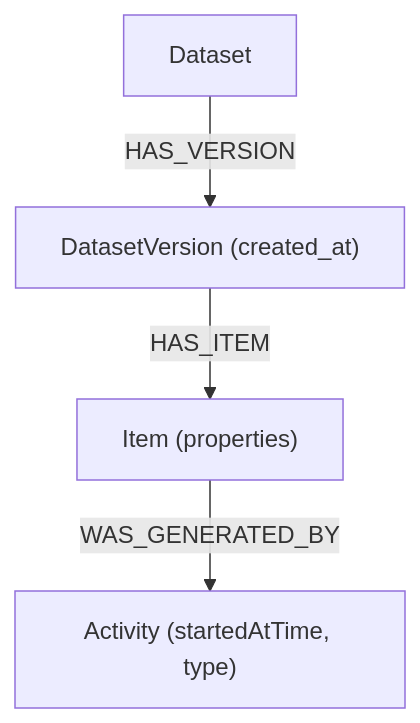
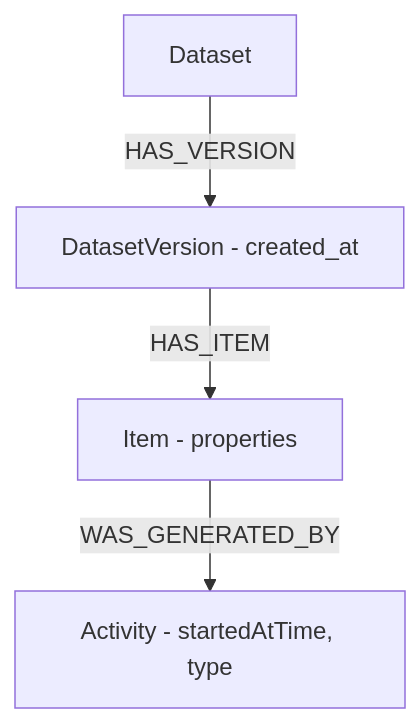
The diagram in docs/graph/cypher/patterns/change-windows.md (bartytime4life/Kansas-Frontier-Matrix), drawn with Mermaid before and after one commit. The commit also changed other lines of this file, not shown here.

```diff
--- a/docs/graph/cypher/patterns/change-windows.md
+++ b/docs/graph/cypher/patterns/change-windows.md
@@ -54,6 +240,6 @@
 ~~~mermaid
 flowchart TD
-  D["Dataset"] -->|HAS_VERSION| V["DatasetVersion (created_at)"]
-  V -->|HAS_ITEM| I["Item (properties)"]
-  I -->|WAS_GENERATED_BY| A["Activity (startedAtTime, type)"]
+  D["Dataset"] -->|HAS_VERSION| V["DatasetVersion - created_at"]
+  V -->|HAS_ITEM| I["Item - properties"]
+  I -->|WAS_GENERATED_BY| A["Activity - startedAtTime, type"]
 ~~~
```
